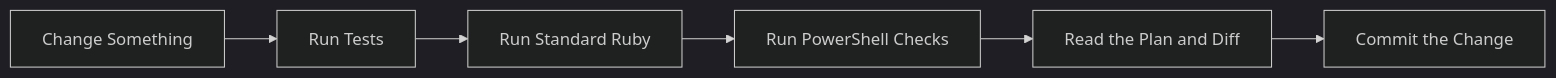
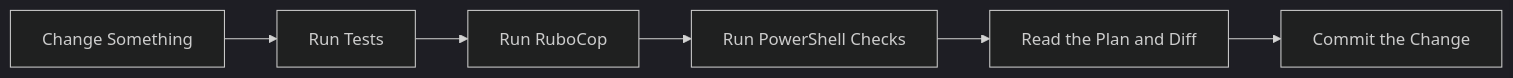
One commit to mewclouds/dotfiles changed the second of 2 diagrams in ARCHITECTURE.md. Above: the diagram before and after it, drawn with Mermaid (dark theme). The commit also changed 1 other file, not shown here.

Commit message:
docs: name RuboCop as the Ruby linter

````diff
--- a/ARCHITECTURE.md
+++ b/ARCHITECTURE.md
@@ -162,8 +162,8 @@
 ```mermaid
 flowchart LR
     CHANGE[Change Something] --> TEST[Run Tests]
-    TEST --> RUBY_CHECK[Run Standard Ruby]
+    TEST --> RUBY_CHECK[Run RuboCop]
     RUBY_CHECK --> PS_CHECK[Run PowerShell Checks]
     PS_CHECK --> REVIEW[Read the Plan and Diff]
     REVIEW --> COMMIT[Commit the Change]
 ```
````
